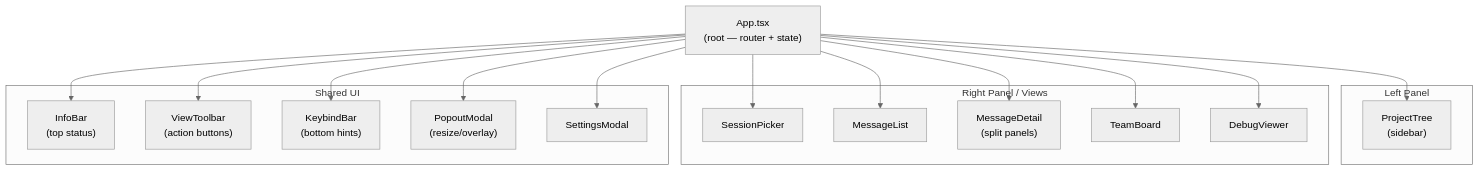
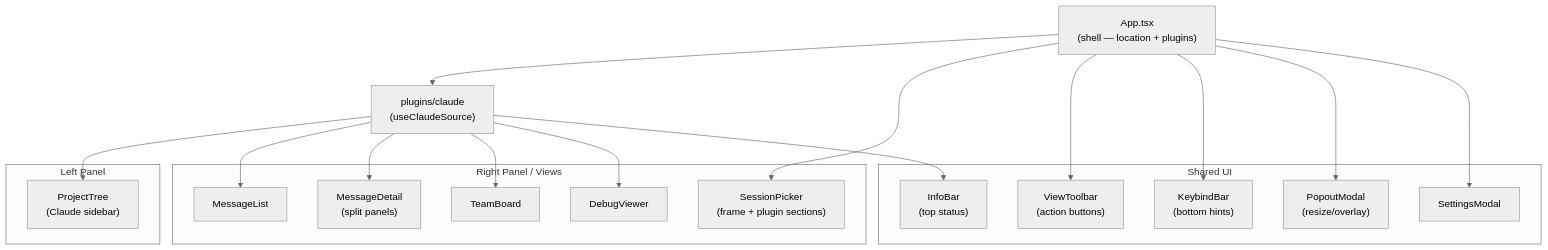
Before and after one commit to delexw/claude-code-trace: the first of 14 diagrams in specs/05-frontend-web.md, drawn with Mermaid (neutral theme). The commit also changed other lines of this file and 63 other files, not shown here.

First line of the commit message:
refactor: make session sources plugins, starting with Claude (#373)

````diff
--- a/specs/05-frontend-web.md
+++ b/specs/05-frontend-web.md
@@ -15,36 +21,38 @@
 ```mermaid
 graph TB
-    APP["App.tsx\n(root — router + state)"]
+    APP["App.tsx\n(shell — location + plugins)"]
+    CP["plugins/claude\n(useClaudeSource)"]
 
     subgraph LeftPanel["Left Panel"]
-        PT["ProjectTree\n(sidebar)"]
+        PT["ProjectTree\n(Claude sidebar)"]
     end
 
     subgraph RightPanel["Right Panel / Views"]
-        SP["SessionPicker"]
+        SP["SessionPicker\n(frame + plugin sections)"]
         ML["MessageList"]
         MD["MessageDetail\n(split panels)"]
         TB["TeamBoard"]
         DV["DebugViewer"]
     end
 
     subgraph SharedUI["Shared UI"]
         IB["InfoBar\n(top status)"]
         VT["ViewToolbar\n(action buttons)"]
         KB["KeybindBar\n(bottom hints)"]
         PO["PopoutModal\n(resize/overlay)"]
         SM["SettingsModal"]
     end
 
-    APP --> PT
+    APP --> CP
+    CP --> PT
     APP --> SP
-    APP --> ML
-    APP --> MD
-    APP --> TB
-    APP --> DV
-    APP --> IB
+    CP --> ML
+    CP --> MD
+    CP --> TB
+    CP --> DV
+    CP --> IB
     APP --> VT
     APP --> KB
     APP --> PO
     APP --> SM
 ```
````
